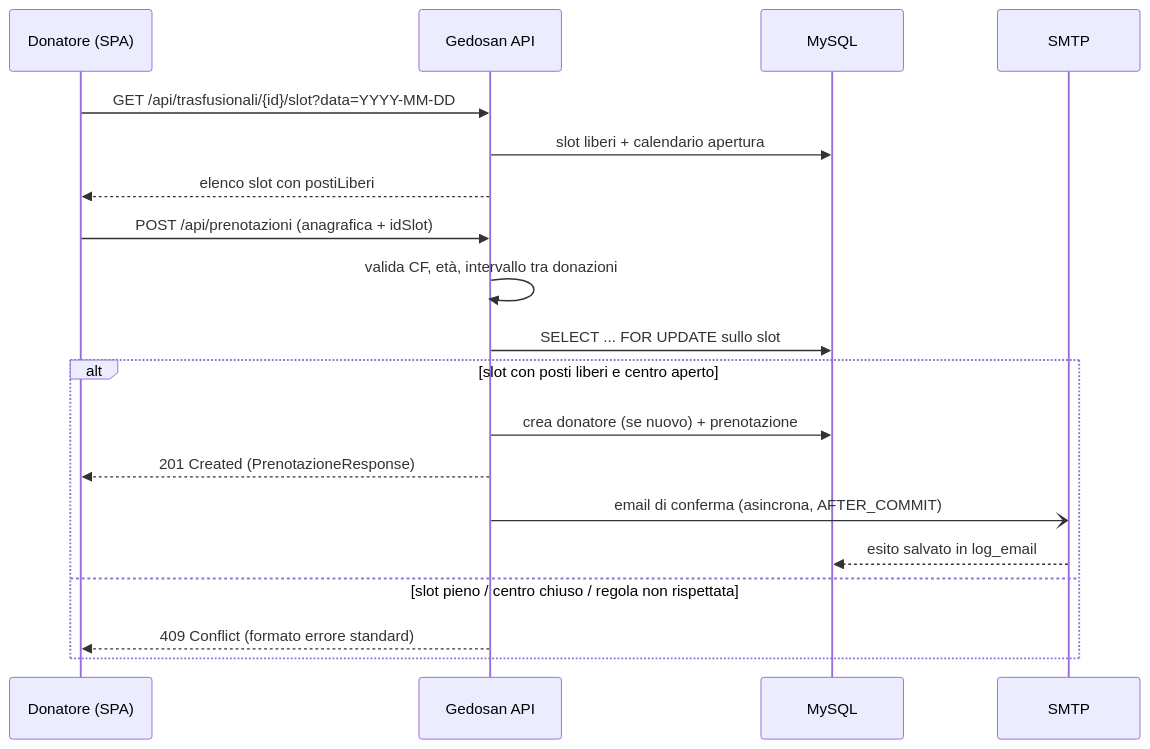
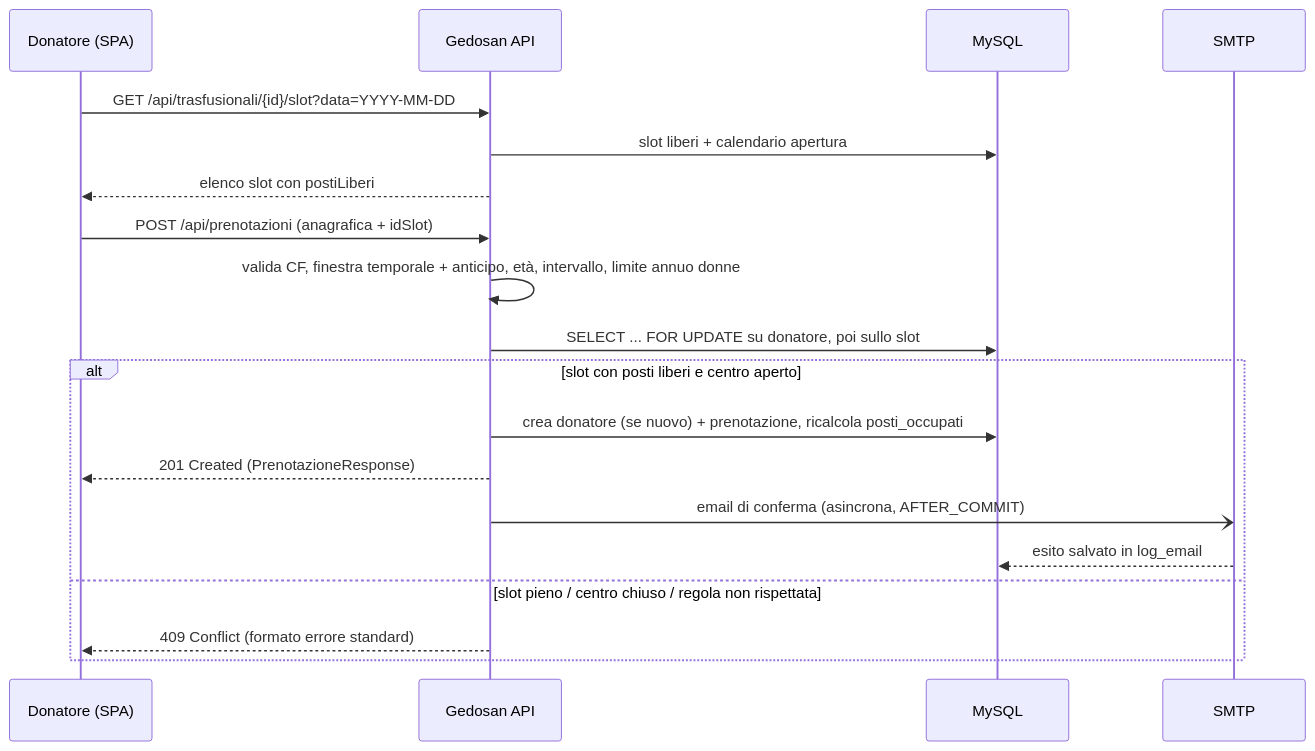
The first of 2 diagrams in README.md (Vasile-Projects/Gedosan-API), drawn with Mermaid before and after one commit. The commit also changed other lines of this file and 33 other files, not shown here.

````diff
--- a/README.md
+++ b/README.md
@@ -72,23 +72,23 @@
 ```mermaid
 sequenceDiagram
     participant D as Donatore (SPA)
     participant API as Gedosan API
     participant DB as MySQL
     participant SMTP
 
     D->>API: GET /api/trasfusionali/{id}/slot?data=YYYY-MM-DD
     API->>DB: slot liberi + calendario apertura
     API-->>D: elenco slot con postiLiberi
 
     D->>API: POST /api/prenotazioni (anagrafica + idSlot)
-    API->>API: valida CF, età, intervallo tra donazioni
-    API->>DB: SELECT ... FOR UPDATE sullo slot
+    API->>API: valida CF, finestra temporale + anticipo, età, intervallo, limite annuo donne
+    API->>DB: SELECT ... FOR UPDATE su donatore, poi sullo slot
     alt slot con posti liberi e centro aperto
-        API->>DB: crea donatore (se nuovo) + prenotazione
+        API->>DB: crea donatore (se nuovo) + prenotazione, ricalcola posti_occupati
         API-->>D: 201 Created (PrenotazioneResponse)
         API-)SMTP: email di conferma (asincrona, AFTER_COMMIT)
         SMTP-->>DB: esito salvato in log_email
     else slot pieno / centro chiuso / regola non rispettata
         API-->>D: 409 Conflict (formato errore standard)
     end
 ```
````
